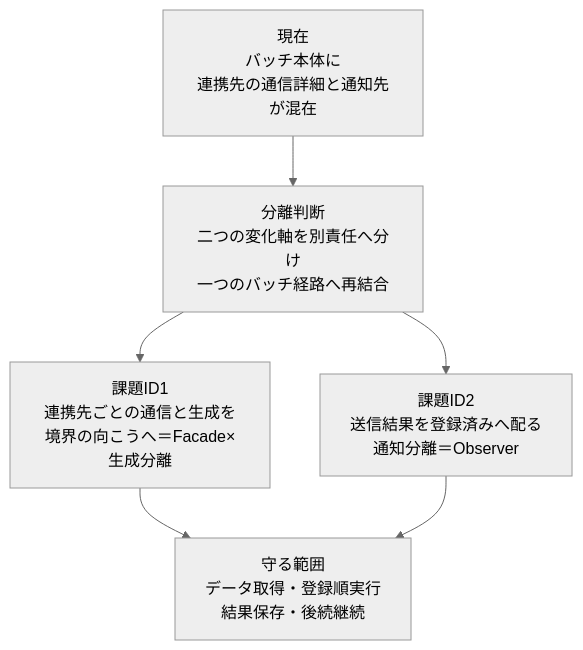
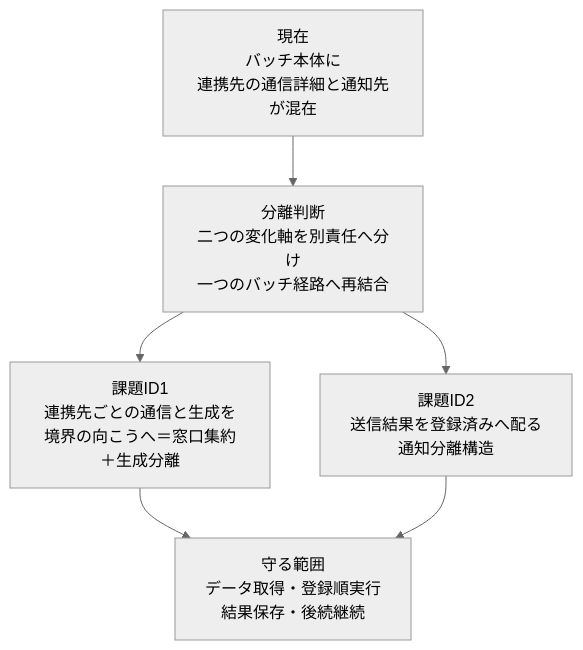
One commit to kumachan1101-pixel/DesignPattern changed the sixth of 16 diagrams in kindle/design-patterns/output/chapter10.md. Above: the diagram before and after it, drawn with Mermaid (neutral theme). The commit also changed other lines of this file and 24 other files, not shown here.

Commit message:
docs: 問題から導く構成とクラス図説明を整合

````diff
--- a/kindle/design-patterns/output/chapter10.md
+++ b/kindle/design-patterns/output/chapter10.md
@@ -1529,8 +1527,8 @@
 ```mermaid
 flowchart TB
     A[現在<br/>バッチ本体に<br/>連携先の通信詳細と通知先が混在] --> B[分離判断<br/>二つの変化軸を別責任へ分け<br/>一つのバッチ経路へ再結合]
-    B --> C[課題ID1<br/>連携先ごとの通信と生成を<br/>境界の向こうへ＝Facade×生成分離]
-    B --> D[課題ID2<br/>送信結果を登録済みへ配る<br/>通知分離＝Observer]
+    B --> C[課題ID1<br/>連携先ごとの通信と生成を<br/>境界の向こうへ＝窓口集約＋生成分離]
+    B --> D[課題ID2<br/>送信結果を登録済みへ配る<br/>通知分離構造]
     C --> E[守る範囲<br/>データ取得・登録順実行<br/>結果保存・後続継続]
     D --> E
 ```
````
